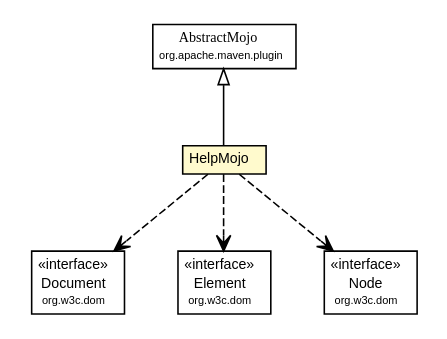
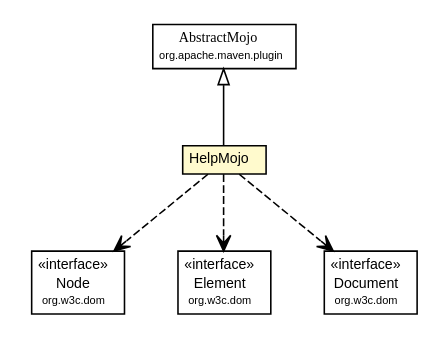
One commit to play1-maven-plugin/play1-maven-plugin.github.io changed the diagram in play1-maven-plugin/1.0.0-beta8-SNAPSHOT/play-maven-plugin/apidocs/com/google/code/play/HelpMojo.dot. Above: the diagram before and after it, drawn with Graphviz. The commit also changed 232 other files, not shown here.

```diff
--- a/play1-maven-plugin/1.0.0-beta8-SNAPSHOT/play-maven-plugin/apidocs/com/google/code/play/HelpMojo.dot
+++ b/play1-maven-plugin/1.0.0-beta8-SNAPSHOT/play-maven-plugin/apidocs/com/google/code/play/HelpMojo.dot
@@ -1,57 +1,57 @@
 #!/usr/local/bin/dot
 #
 # Class diagram 
 # Generated by UMLGraph version R5_6-24-gf6e263 (http://www.umlgraph.org/)
 #
 
 digraph G {
 	edge [fontname="arial",fontsize=10,labelfontname="arial",labelfontsize=10];
 	node [fontname="arial",fontsize=10,shape=plaintext];
 	nodesep=0.25;
 	ranksep=0.5;
 	// com.google.code.play.HelpMojo
 	c602 [label=<<table title="com.google.code.play.HelpMojo" border="0" cellborder="1" cellspacing="0" cellpadding="2" port="p" bgcolor="lemonChiffon" href="./HelpMojo.html">
 		<tr><td><table border="0" cellspacing="0" cellpadding="1">
 <tr><td align="center" balign="center"> HelpMojo </td></tr>
 		</table></td></tr>
 		</table>>, URL="./HelpMojo.html", fontname="arial", fontcolor="black", fontsize=9.0];
 	//com.google.code.play.HelpMojo extends org.apache.maven.plugin.AbstractMojo
 	c635:p -> c602:p [dir=back,arrowtail=empty];
-	// com.google.code.play.HelpMojo DEPEND org.w3c.dom.Document
+	// com.google.code.play.HelpMojo DEPEND org.w3c.dom.Node
 	c602:p -> c636:p [taillabel="", label="", headlabel="", fontname="arial", fontcolor="black", fontsize=10.0, color="black", arrowhead=open, style=dashed];
 	// com.google.code.play.HelpMojo DEPEND org.w3c.dom.Element
 	c602:p -> c637:p [taillabel="", label="", headlabel="", fontname="arial", fontcolor="black", fontsize=10.0, color="black", arrowhead=open, style=dashed];
-	// com.google.code.play.HelpMojo DEPEND org.w3c.dom.Node
+	// com.google.code.play.HelpMojo DEPEND org.w3c.dom.Document
 	c602:p -> c638:p [taillabel="", label="", headlabel="", fontname="arial", fontcolor="black", fontsize=10.0, color="black", arrowhead=open, style=dashed];
 	// org.w3c.dom.Document
-	c636 [label=<<table title="org.w3c.dom.Document" border="0" cellborder="1" cellspacing="0" cellpadding="2" port="p" href="http://download.oracle.com/javase/5/docs/api/org/w3c/dom/Document.html">
+	c638 [label=<<table title="org.w3c.dom.Document" border="0" cellborder="1" cellspacing="0" cellpadding="2" port="p" href="http://download.oracle.com/javase/5/docs/api/org/w3c/dom/Document.html">
 		<tr><td><table border="0" cellspacing="0" cellpadding="1">
 <tr><td align="center" balign="center"> &#171;interface&#187; </td></tr>
 <tr><td align="center" balign="center"> Document </td></tr>
 <tr><td align="center" balign="center"><font point-size="7.0"> org.w3c.dom </font></td></tr>
 		</table></td></tr>
 		</table>>, URL="http://download.oracle.com/javase/5/docs/api/org/w3c/dom/Document.html", fontname="arial", fontcolor="black", fontsize=9.0];
 	// org.w3c.dom.Node
-	c638 [label=<<table title="org.w3c.dom.Node" border="0" cellborder="1" cellspacing="0" cellpadding="2" port="p" href="http://download.oracle.com/javase/5/docs/api/org/w3c/dom/Node.html">
+	c636 [label=<<table title="org.w3c.dom.Node" border="0" cellborder="1" cellspacing="0" cellpadding="2" port="p" href="http://download.oracle.com/javase/5/docs/api/org/w3c/dom/Node.html">
 		<tr><td><table border="0" cellspacing="0" cellpadding="1">
 <tr><td align="center" balign="center"> &#171;interface&#187; </td></tr>
 <tr><td align="center" balign="center"> Node </td></tr>
 <tr><td align="center" balign="center"><font point-size="7.0"> org.w3c.dom </font></td></tr>
 		</table></td></tr>
 		</table>>, URL="http://download.oracle.com/javase/5/docs/api/org/w3c/dom/Node.html", fontname="arial", fontcolor="black", fontsize=9.0];
 	// org.w3c.dom.Element
 	c637 [label=<<table title="org.w3c.dom.Element" border="0" cellborder="1" cellspacing="0" cellpadding="2" port="p" href="http://download.oracle.com/javase/5/docs/api/org/w3c/dom/Element.html">
 		<tr><td><table border="0" cellspacing="0" cellpadding="1">
 <tr><td align="center" balign="center"> &#171;interface&#187; </td></tr>
 <tr><td align="center" balign="center"> Element </td></tr>
 <tr><td align="center" balign="center"><font point-size="7.0"> org.w3c.dom </font></td></tr>
 		</table></td></tr>
 		</table>>, URL="http://download.oracle.com/javase/5/docs/api/org/w3c/dom/Element.html", fontname="arial", fontcolor="black", fontsize=9.0];
 	// org.apache.maven.plugin.AbstractMojo
 	c635 [label=<<table title="org.apache.maven.plugin.AbstractMojo" border="0" cellborder="1" cellspacing="0" cellpadding="2" port="p" href="http://maven.apache.org/ref/2.2.1/maven-plugin-api/apidocs/org/apache/maven/plugin/AbstractMojo.html">
 		<tr><td><table border="0" cellspacing="0" cellpadding="1">
 <tr><td align="center" balign="center"><font face="arial italic"> AbstractMojo </font></td></tr>
 <tr><td align="center" balign="center"><font point-size="7.0"> org.apache.maven.plugin </font></td></tr>
 		</table></td></tr>
 		</table>>, URL="http://maven.apache.org/ref/2.2.1/maven-plugin-api/apidocs/org/apache/maven/plugin/AbstractMojo.html", fontname="arial", fontcolor="black", fontsize=9.0];
 }
```
